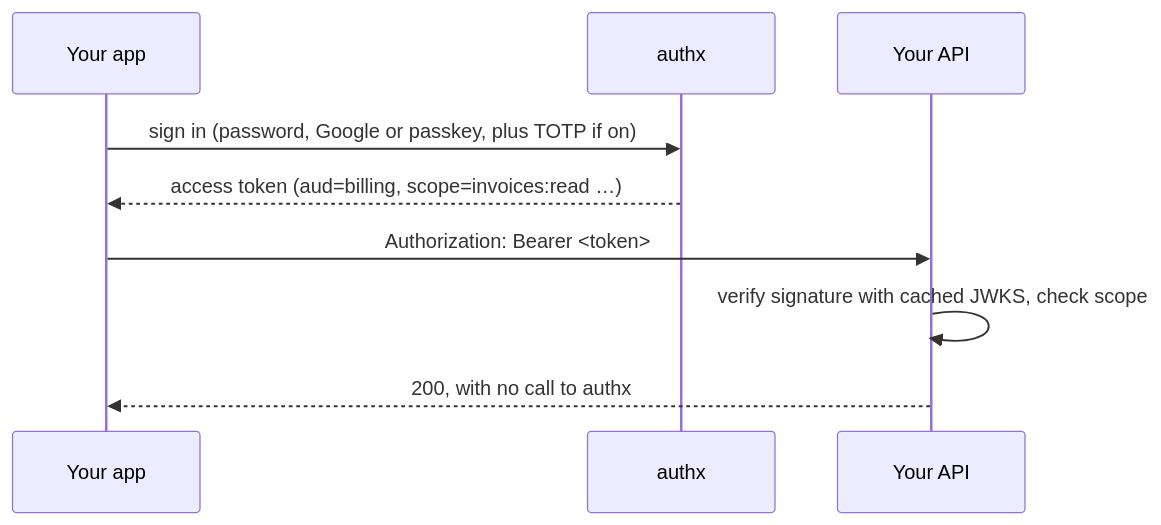
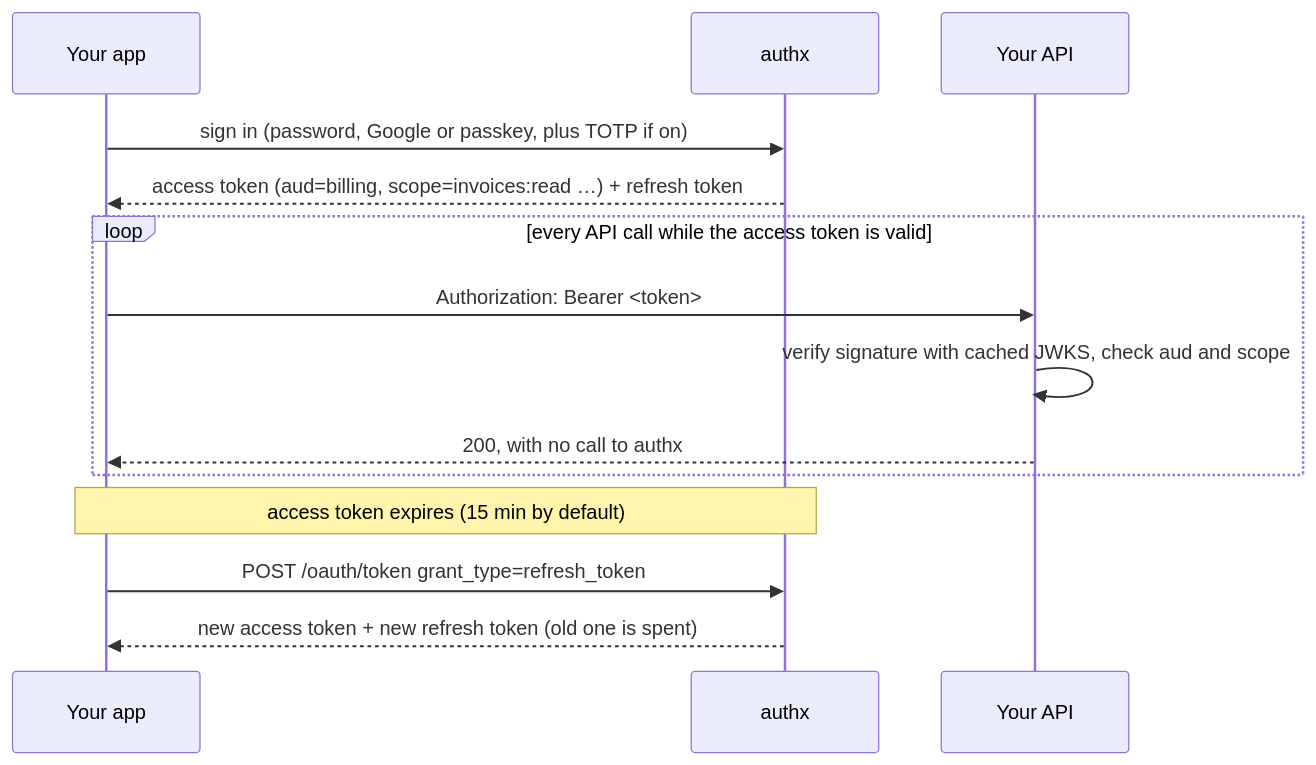
One commit to ramilvillon/authx changed the diagram in README.md. Above: the diagram before and after it, drawn with Mermaid.

Commit message:
docs(readme): show repeat API calls and the refresh step in the diagram
Claude-Session: https://claude.ai/code/session_017w8ct4MFi4iLK8DSTNWvMJ

````diff
--- a/README.md
+++ b/README.md
@@ -33,11 +33,16 @@
 ```mermaid
 sequenceDiagram
     participant App as Your app
     participant authx
     participant API as Your API
     App->>authx: sign in (password, Google or passkey, plus TOTP if on)
-    authx-->>App: access token (aud=billing, scope=invoices:read …)
-    App->>API: Authorization: Bearer #lt;token#gt;
-    API->>API: verify signature with cached JWKS, check scope
-    API-->>App: 200, with no call to authx
+    authx-->>App: access token (aud=billing, scope=invoices:read …) + refresh token
+    loop every API call while the access token is valid
+        App->>API: Authorization: Bearer #lt;token#gt;
+        API->>API: verify signature with cached JWKS, check aud and scope
+        API-->>App: 200, with no call to authx
+    end
+    Note over App,authx: access token expires (15 min by default)
+    App->>authx: POST /oauth/token grant_type=refresh_token
+    authx-->>App: new access token + new refresh token (old one is spent)
 ```
````
